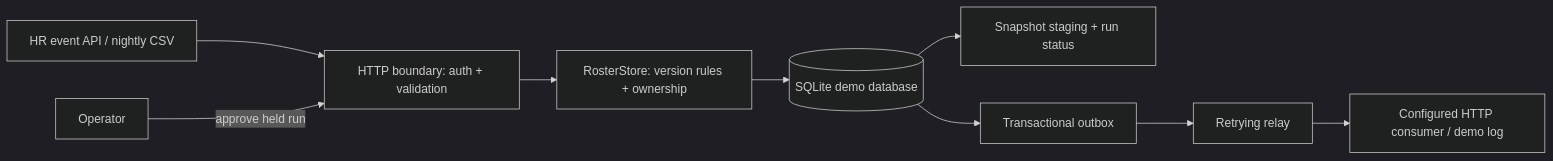
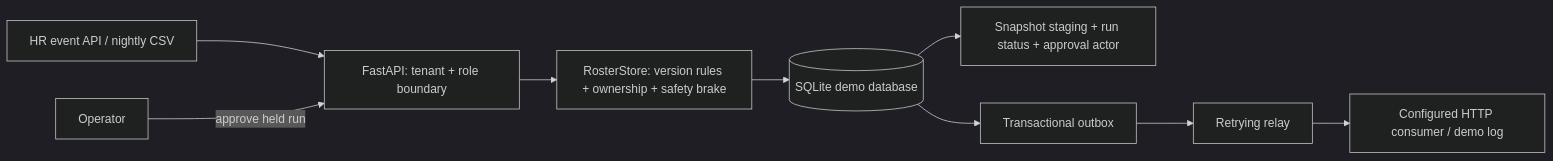
Before and after one commit to arnavnaik22/HR-Roster-Sync: the first of 2 diagrams in DESIGN.md, drawn with Mermaid (dark theme). The commit also changed other lines of this file and 8 other files, not shown here.

````diff
--- a/DESIGN.md
+++ b/DESIGN.md
@@ -5,11 +5,11 @@
 ```mermaid
 flowchart LR
-  HR[HR event API / nightly CSV] --> API[HTTP boundary: auth + validation]
-  API --> SVC[RosterStore: version rules + ownership]
+  HR[HR event API / nightly CSV] --> API[FastAPI: tenant + role boundary]
+  API --> SVC[RosterStore: version rules + ownership + safety brake]
   SVC --> DB[(SQLite demo database)]
-  DB --> STAGE[Snapshot staging + run status]
+  DB --> STAGE[Snapshot staging + run status + approval actor]
   DB --> OUTBOX[Transactional outbox]
   OUTBOX --> RELAY[Retrying relay]
   RELAY --> DOWN[Configured HTTP consumer / demo log]
   OP[Operator] -->|approve held run| API
 ```
````
